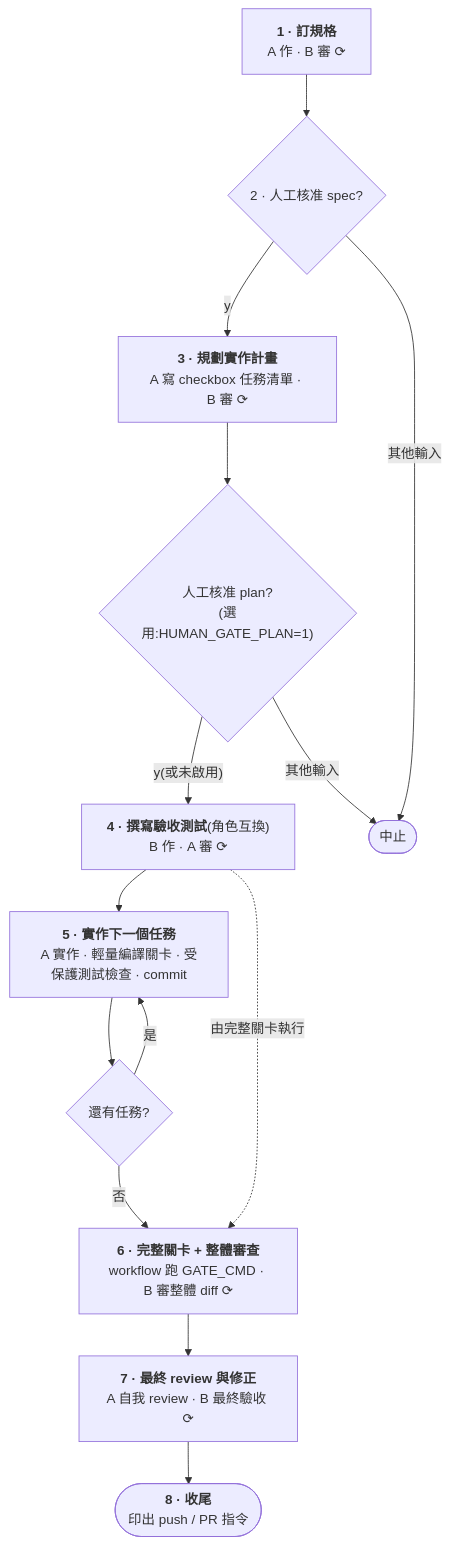
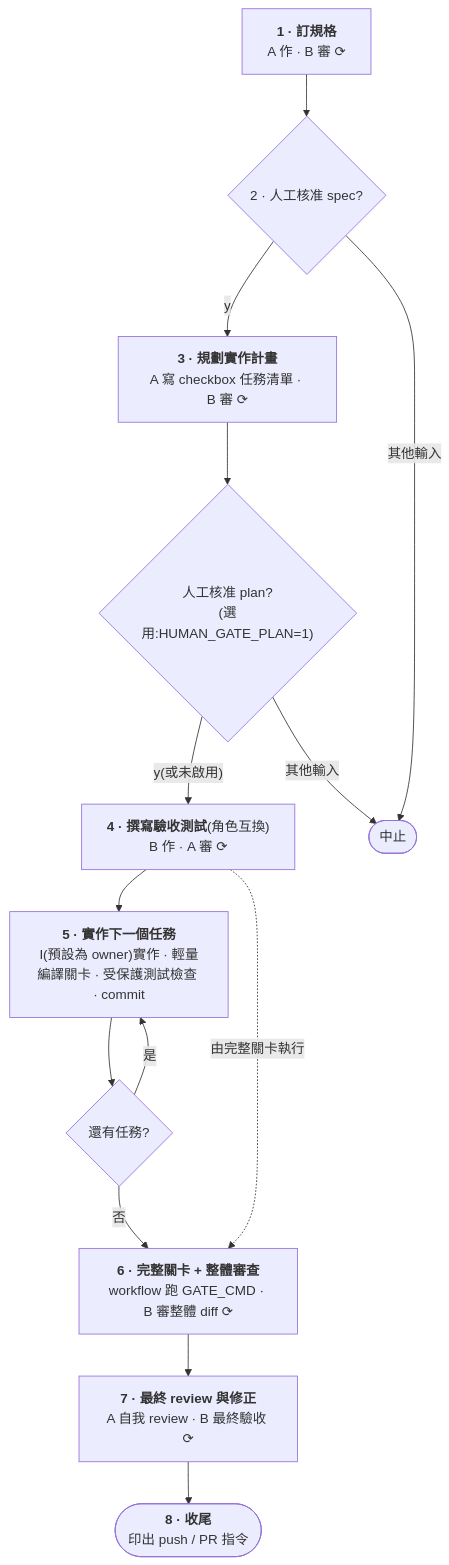
The first of 2 diagrams in README.zh-TW.md (yhchiu/adversarial-ai-coding), drawn with Mermaid before and after one commit. The commit also changed other lines of this file and 2 other files, not shown here.

````diff
--- a/README.zh-TW.md
+++ b/README.zh-TW.md
@@ -20,25 +20,25 @@
 ```mermaid
 flowchart TD
     spec["<b>1 · 訂規格</b><br/>A 作 · B 審 ⟳"]
     gate{"2 · 人工核准 spec?"}
     plan["<b>3 · 規劃實作計畫</b><br/>A 寫 checkbox 任務清單 · B 審 ⟳"]
     plangate{"人工核准 plan?<br/>(選用:HUMAN_GATE_PLAN=1)"}
     tests["<b>4 · 撰寫驗收測試</b>(角色互換)<br/>B 作 · A 審 ⟳"]
-    task["<b>5 · 實作下一個任務</b><br/>A 實作 · 輕量編譯關卡 · 受保護測試檢查 · commit"]
+    task["<b>5 · 實作下一個任務</b><br/>I(預設為 owner)實作 · 輕量編譯關卡 · 受保護測試檢查 · commit"]
     more{"還有任務?"}
     branch["<b>6 · 完整關卡 + 整體審查</b><br/>workflow 跑 GATE_CMD · B 審整體 diff ⟳"]
     final["<b>7 · 最終 review 與修正</b><br/>A 自我 review · B 最終驗收 ⟳"]
     fin(["<b>8 · 收尾</b><br/>印出 push / PR 指令"])
     abort(["中止"])
 
     spec --> gate
     gate -- "y" --> plan
     gate -- "其他輸入" --> abort
     plan --> plangate
     plangate -- "y(或未啟用)" --> tests
     plangate -- "其他輸入" --> abort
     tests --> task --> more
     more -- "是" --> task
     more -- "否" --> branch --> final --> fin
     tests -. "由完整關卡執行" .-> branch
 ```
````
